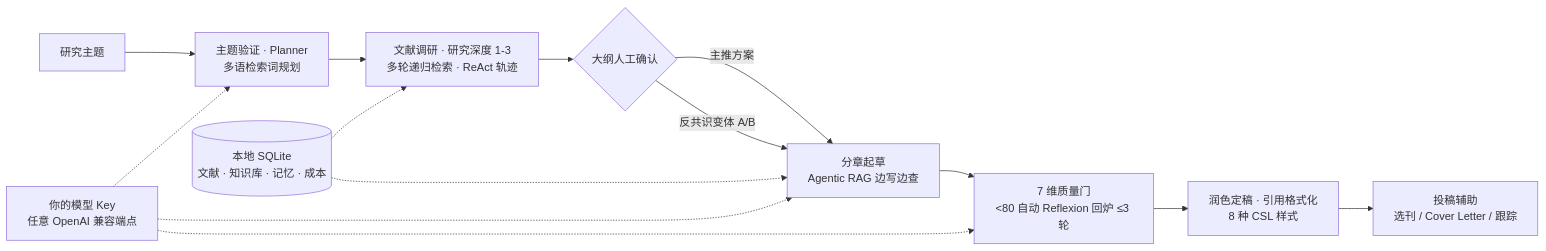
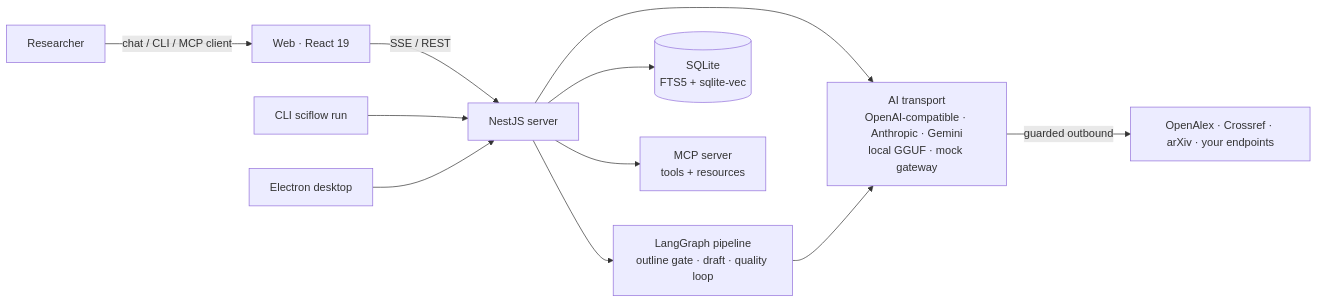
Before and after one commit to zqf20096327/dbhub_collect: the diagram in data/readmes/badhope__sciflow.md, drawn with Mermaid. The commit also changed other lines of this file and 538 other files, not shown here.

````diff
--- a/data/readmes/badhope__sciflow.md
+++ b/data/readmes/badhope__sciflow.md
@@ -24,16 +152,13 @@
 ```mermaid
 flowchart LR
-    A[研究主题] --> B[主题验证 · Planner<br/>多语检索词规划]
-    B --> C[文献调研 · 研究深度 1-3<br/>多轮递归检索 · ReAct 轨迹]
-    C --> D{大纲人工确认}
-    D -->|主推方案| E[分章起草<br/>Agentic RAG 边写边查]
-    D -->|反共识变体 A/B| E
-    E --> F[7 维质量门<br/><80 自动 Reflexion 回炉 ≤3 轮]
-    F --> G[润色定稿 · 引用格式化<br/>8 种 CSL 样式]
-    G --> H[投稿辅助<br/>选刊 / Cover Letter / 跟踪]
-    K[(本地 SQLite<br/>文献 · 知识库 · 记忆 · 成本)] -.-> C
-    K -.-> E
-    L[你的模型 Key<br/>任意 OpenAI 兼容端点] -.-> B
-    L -.-> E
-    L -.-> F
+  U[Researcher] -->|chat / CLI / MCP client| W[Web · React 19]
+  W -->|SSE / REST| S[NestJS server]
+  C[CLI sciflow run] --> S
+  D[Electron desktop] --> S
+  S --> G[LangGraph pipeline<br/>outline gate · draft · quality loop]
+  S --> AI[AI transport<br/>OpenAI-compatible · Anthropic · Gemini<br/>local GGUF · mock gateway]
+  S --> R[(SQLite<br/>FTS5 + sqlite-vec)]
+  S --> M[MCP server<br/>tools + resources]
+  G --> AI
+  AI -->|guarded outbound| X[OpenAlex · Crossref · arXiv · your endpoints]
 ```
````
